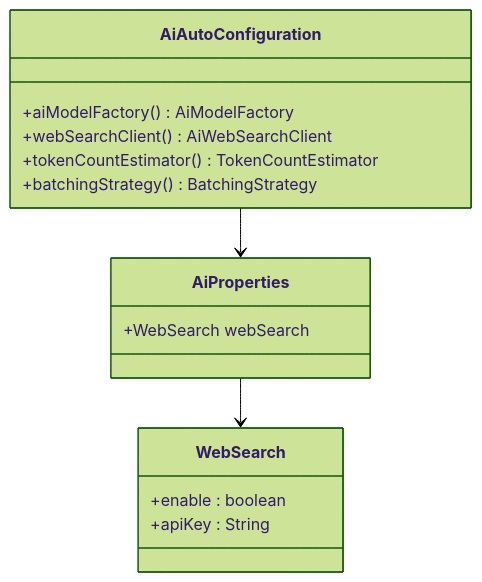
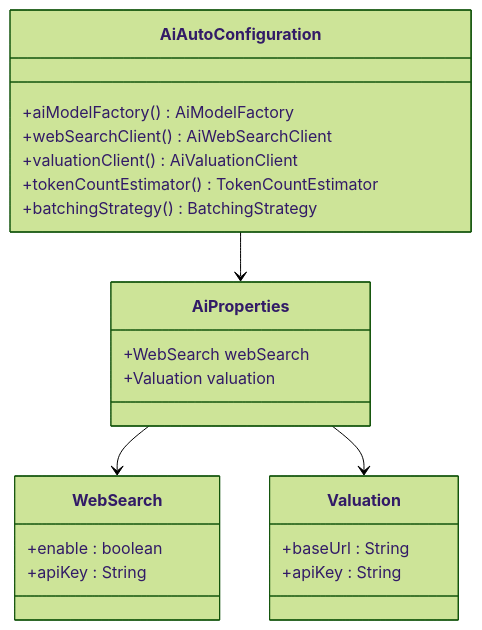
Before and after one commit to X555LB/data-ai: the second of 7 diagrams in .qoder/repowiki/zh/content/配置指南.md, drawn with Mermaid (forest theme). The commit also changed other lines of this file and 11 other files, not shown here.

````diff
--- a/.qoder/repowiki/zh/content/配置指南.md
+++ b/.qoder/repowiki/zh/content/配置指南.md
@@ -185,18 +192,25 @@
 ```mermaid
 classDiagram
 class AiProperties {
 +WebSearch webSearch
++Valuation valuation
 }
 class WebSearch {
 +enable : boolean
 +apiKey : String
 }
+class Valuation {
++baseUrl : String
++apiKey : String
+}
 class AiAutoConfiguration {
 +aiModelFactory() AiModelFactory
 +webSearchClient() AiWebSearchClient
++valuationClient() AiValuationClient
 +tokenCountEstimator() TokenCountEstimator
 +batchingStrategy() BatchingStrategy
 }
 AiProperties --> WebSearch
+AiProperties --> Valuation
 AiAutoConfiguration --> AiProperties
 ```
````
